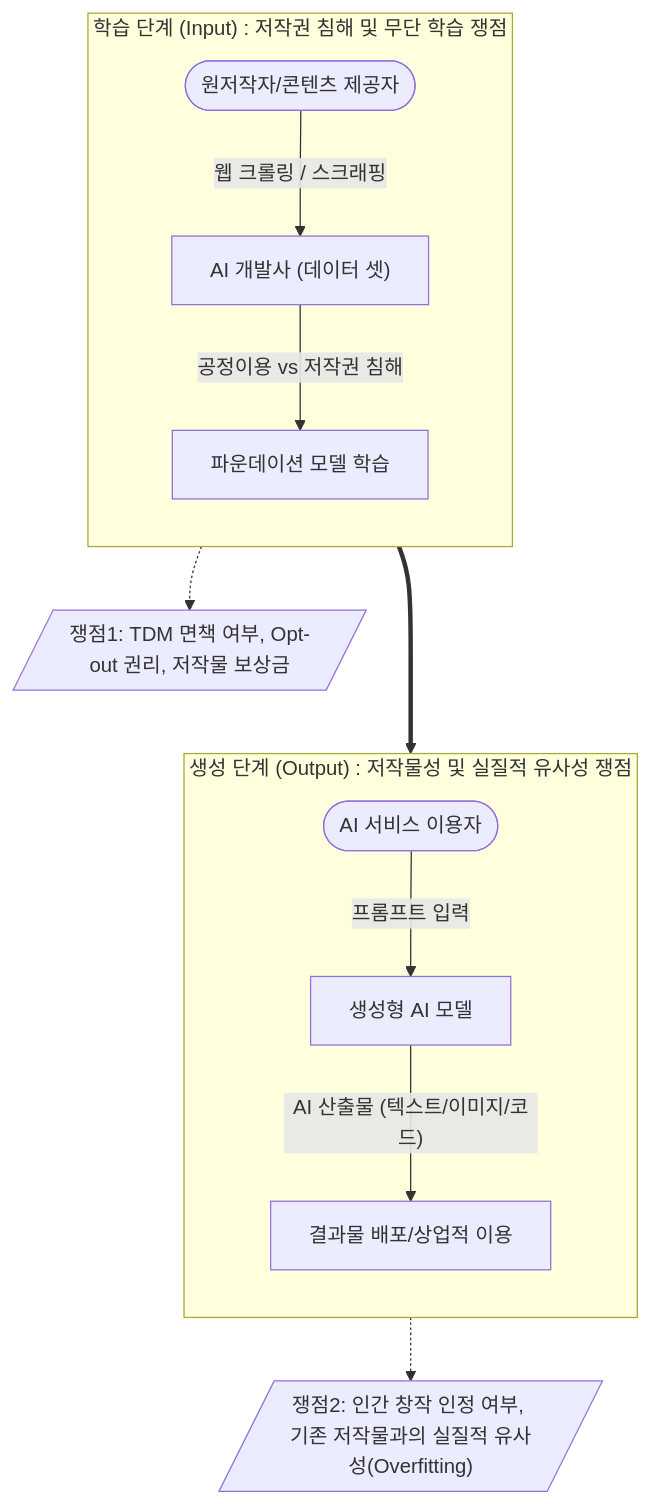
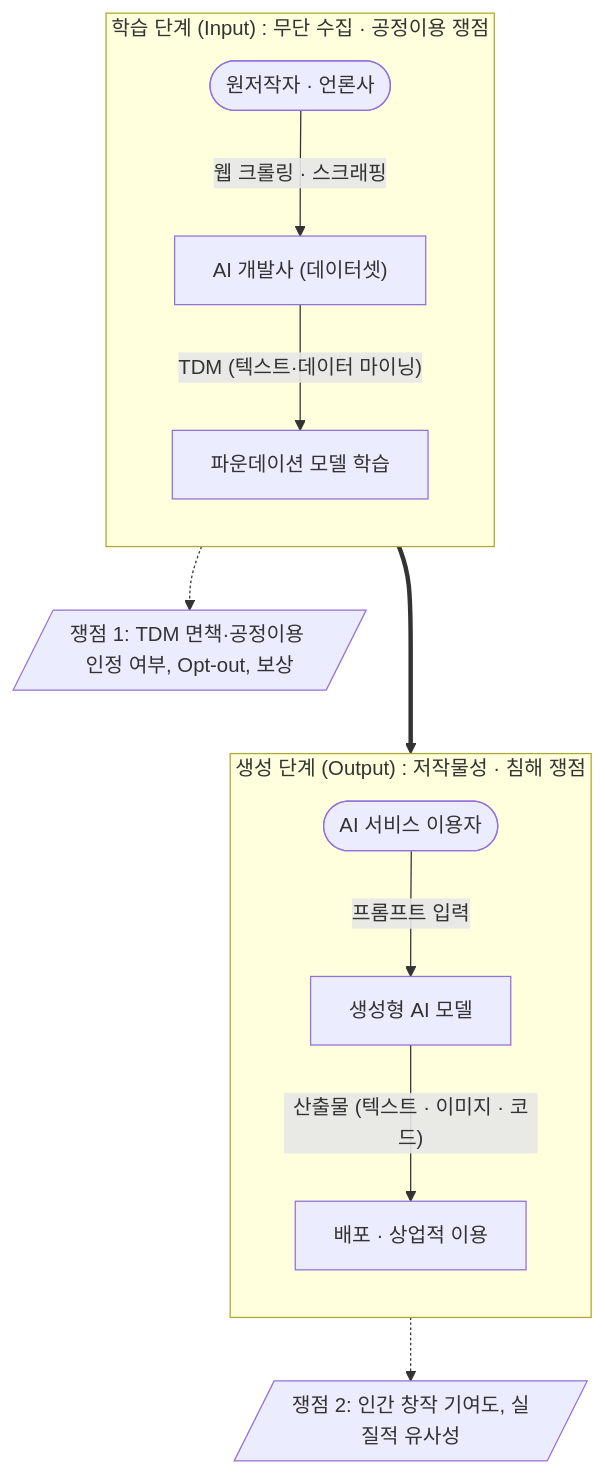
Before and after one commit to supremethumb/supremethumb.github.io: the diagram in content/01_IT Tech/생성형 인공지능 저작권.md, drawn with Mermaid. The commit also changed other lines of this file and 1087 other files, not shown here.

````diff
--- a/content/01_IT Tech/생성형 인공지능 저작권.md
+++ b/content/01_IT Tech/생성형 인공지능 저작권.md
@@ -27,24 +35,21 @@
 ```mermaid
 flowchart TD
-    subgraph Input_Phase ["학습 단계 (Input) : 저작권 침해 및 무단 학습 쟁점"]
+    subgraph Input_Phase ["학습 단계 (Input) : 무단 수집 · 공정이용 쟁점"]
         direction TB
-        A([원저작자/콘텐츠 제공자]) -- "웹 크롤링 / 스크래핑" --> B["AI 개발사 (데이터 셋)"]
-        B -- "공정이용 vs 저작권 침해" --> C[파운데이션 모델 학습]
+        A([원저작자 · 언론사]) -- "웹 크롤링 · 스크래핑" --> B["AI 개발사 (데이터셋)"]
+        B -- "TDM (텍스트·데이터 마이닝)" --> C[파운데이션 모델 학습]
     end
 
-    subgraph Output_Phase ["생성 단계 (Output) : 저작물성 및 실질적 유사성 쟁점"]
+    subgraph Output_Phase ["생성 단계 (Output) : 저작물성 · 침해 쟁점"]
         direction TB
         D([AI 서비스 이용자]) -- "프롬프트 입력" --> E["생성형 AI 모델"]
-        E -- "AI 산출물 (텍스트/이미지/코드)" --> F["결과물 배포/상업적 이용"]
+        E -- "산출물 (텍스트 · 이미지 · 코드)" --> F["배포 · 상업적 이용"]
     end
 
     C ===> E
-    
-    %% Issue annotations
-    Issue1[/"쟁점1: TDM 면책 여부, Opt-out 권리, 저작물 보상금"/]
-    Issue2[/"쟁점2: 인간 창작 인정 여부, 기존 저작물과의 실질적 유사성(Overfitting)"/]
-    
+
+    Issue1[/"쟁점 1: TDM 면책·공정이용 인정 여부, Opt-out, 보상"/]
+    Issue2[/"쟁점 2: 인간 창작 기여도, 실질적 유사성"/]
     B -.-> Issue1
     F -.-> Issue2
-
 ```
````
